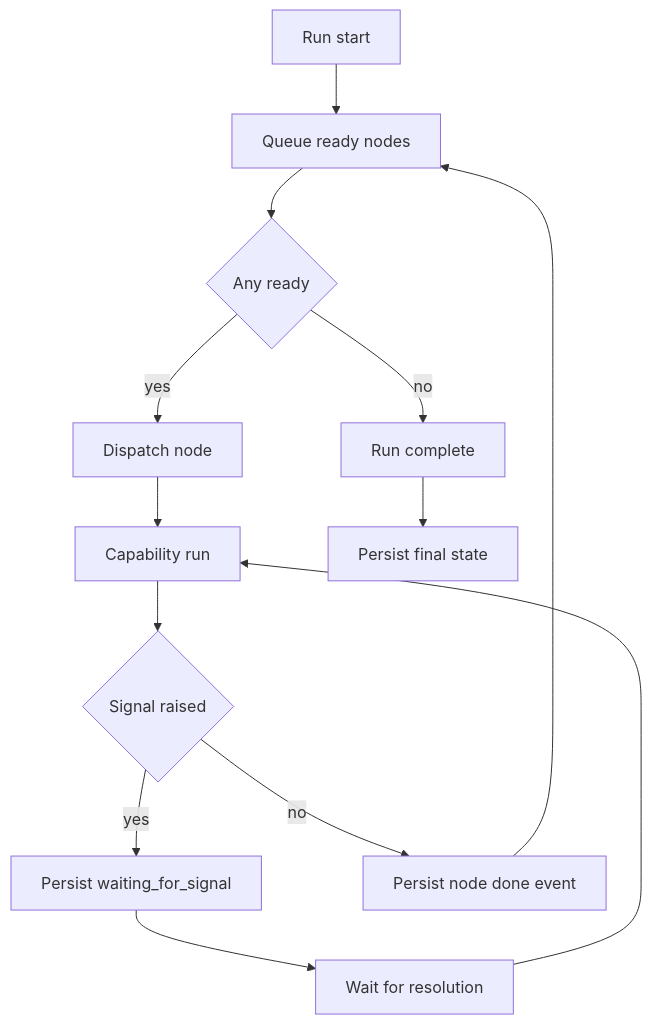
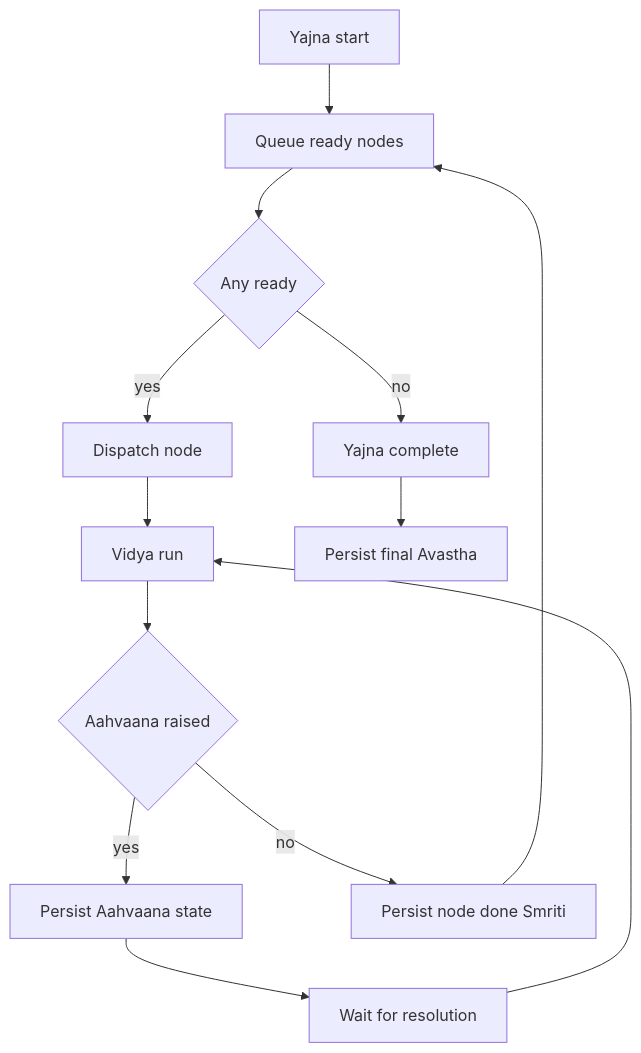
One commit to so-weak/Aakaar changed the tenth of 12 diagrams in documentation/src/02-LLD.md. Above: the diagram before and after it, drawn with Mermaid. The commit also changed other lines of this file and 56 other files, not shown here.

````diff
--- a/documentation/src/02-LLD.md
+++ b/documentation/src/02-LLD.md
@@ -337,15 +332,15 @@
 ```mermaid
 flowchart TD
-  S["Run start"] --> Q["Queue ready nodes"]
+  S["Yajna start"] --> Q["Queue ready nodes"]
   Q --> N{"Any ready"}
   N -->|"yes"| D["Dispatch node"]
-  D --> R["Capability run"]
-  R --> SIG{"Signal raised"}
-  SIG -->|"yes"| W["Persist waiting_for_signal"]
+  D --> R["Vidya run"]
+  R --> SIG{"Aahvaana raised"}
+  SIG -->|"yes"| W["Persist Aahvaana state"]
   W --> H["Wait for resolution"]
   H --> R
-  SIG -->|"no"| E["Persist node done event"]
+  SIG -->|"no"| E["Persist node done Smriti"]
   E --> Q
-  N -->|"no"| F["Run complete"]
-  F --> X["Persist final state"]
+  N -->|"no"| F["Yajna complete"]
+  F --> X["Persist final Avastha"]
 ```
````
